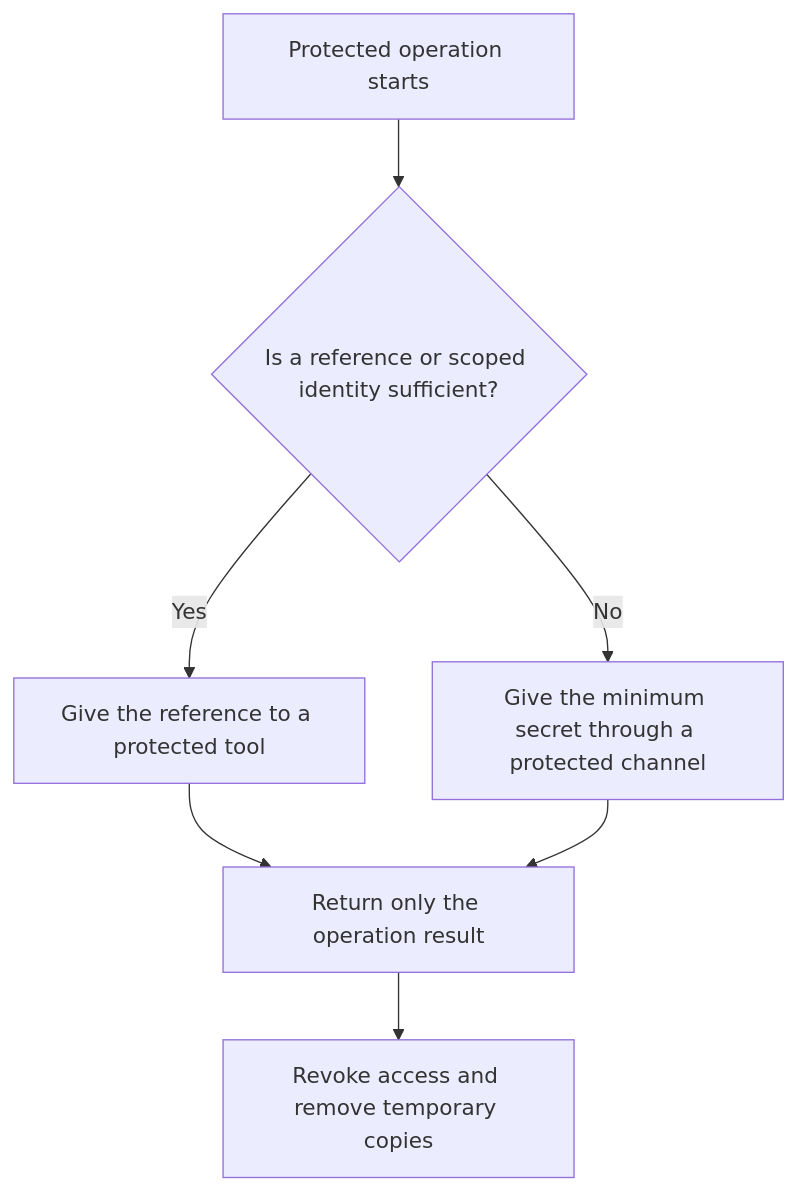
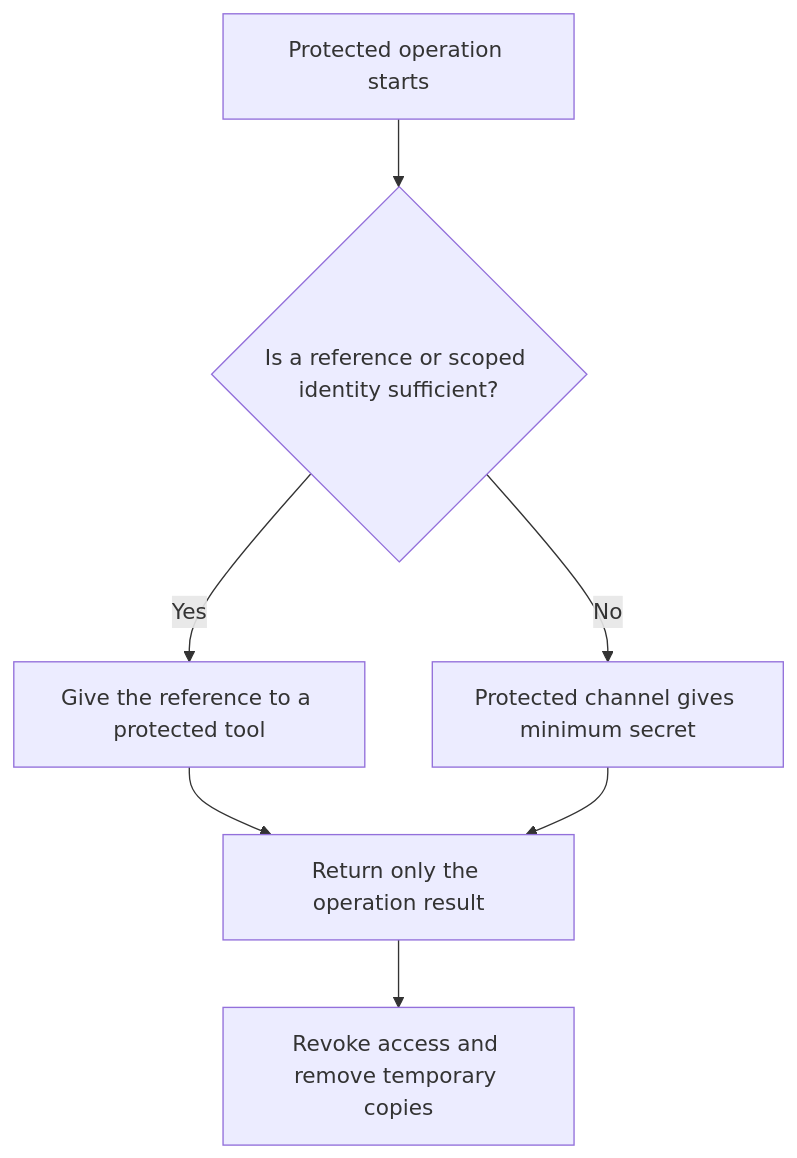
The diagram in docs/principles/details/p056-secrets-stay-out-of-code-and-context.md (HomericIntelligence/Athena), drawn with Mermaid before and after one commit. The commit also changed other lines of this file and 53 other files, not shown here.

````diff
--- a/docs/principles/details/p056-secrets-stay-out-of-code-and-context.md
+++ b/docs/principles/details/p056-secrets-stay-out-of-code-and-context.md
@@ -47,9 +48,9 @@
 ```mermaid
 flowchart TD
     A["Protected operation starts"] --> B{"Is a reference or scoped identity sufficient?"}
     B -- "Yes" --> C["Give the reference to a protected tool"]
-    B -- "No" --> D["Give the minimum secret through a protected channel"]
+    B -- "No" --> D["Protected channel gives minimum secret"]
     C --> E["Return only the operation result"]
     D --> E
     E --> F["Revoke access and remove temporary copies"]
 ```
````
